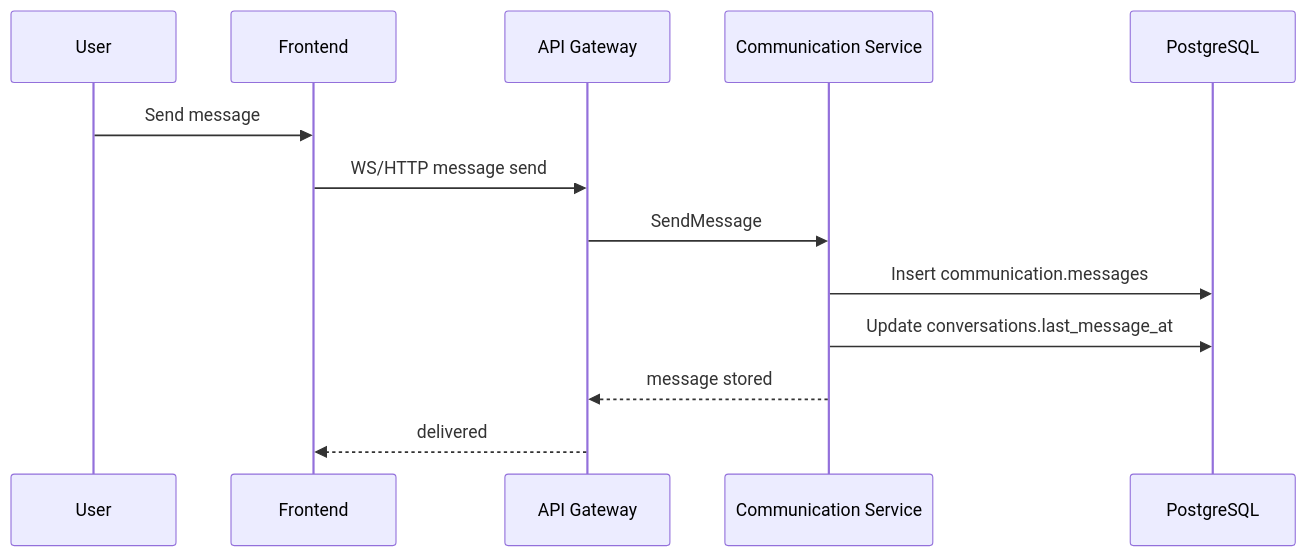
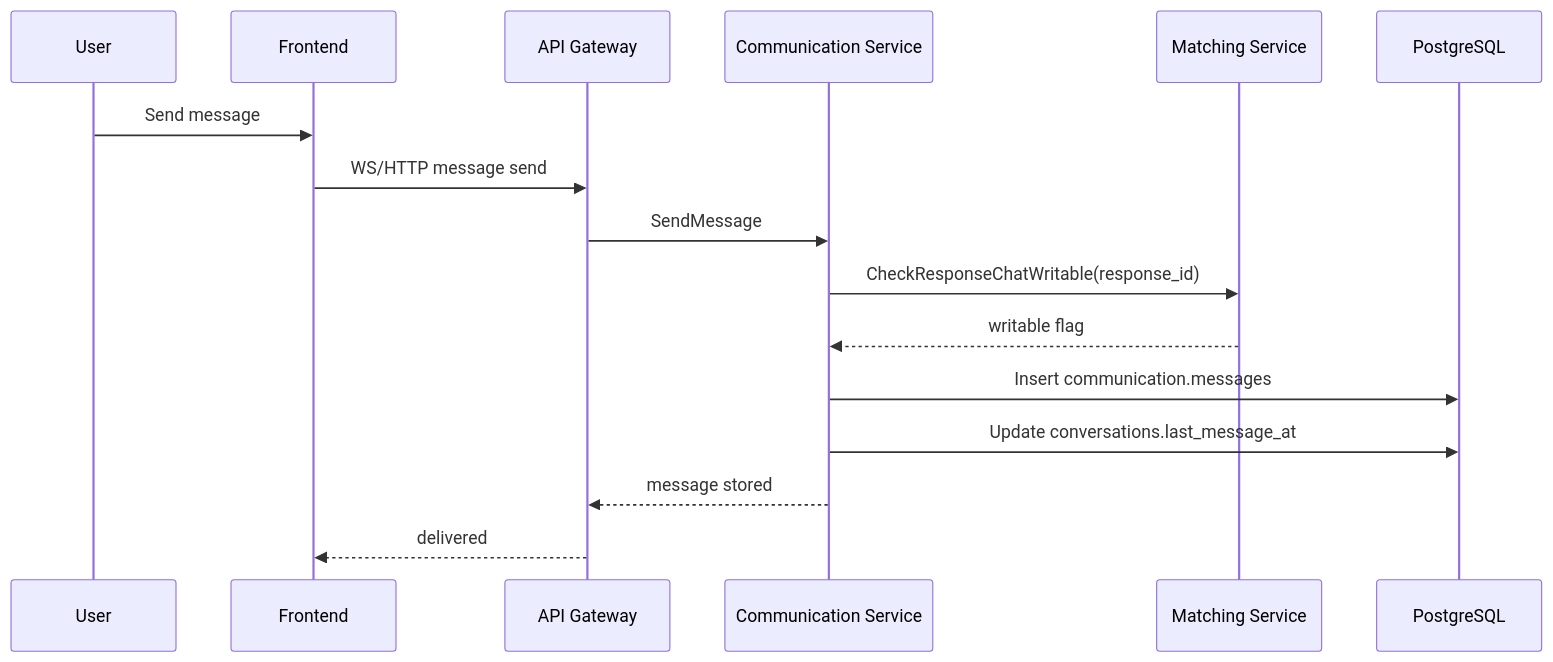
One commit to tmcrypted/berusmenu changed the tenth of 15 diagrams in docs/sequence-diagrams.md. Above: the diagram before and after it, drawn with Mermaid. The commit also changed other lines of this file and 91 other files, not shown here.

````diff
--- a/docs/sequence-diagrams.md
+++ b/docs/sequence-diagrams.md
@@ -222,16 +224,19 @@
 ```mermaid
 sequenceDiagram
     participant User
     participant FE as Frontend
     participant GW as API Gateway
     participant COMM as Communication Service
+    participant MATCH as Matching Service
     participant PG as PostgreSQL
 
     User->>FE: Send message
     FE->>GW: WS/HTTP message send
     GW->>COMM: SendMessage
+    COMM->>MATCH: CheckResponseChatWritable(response_id)
+    MATCH-->>COMM: writable flag
     COMM->>PG: Insert communication.messages
     COMM->>PG: Update conversations.last_message_at
     COMM-->>GW: message stored
     GW-->>FE: delivered
 ```
````
